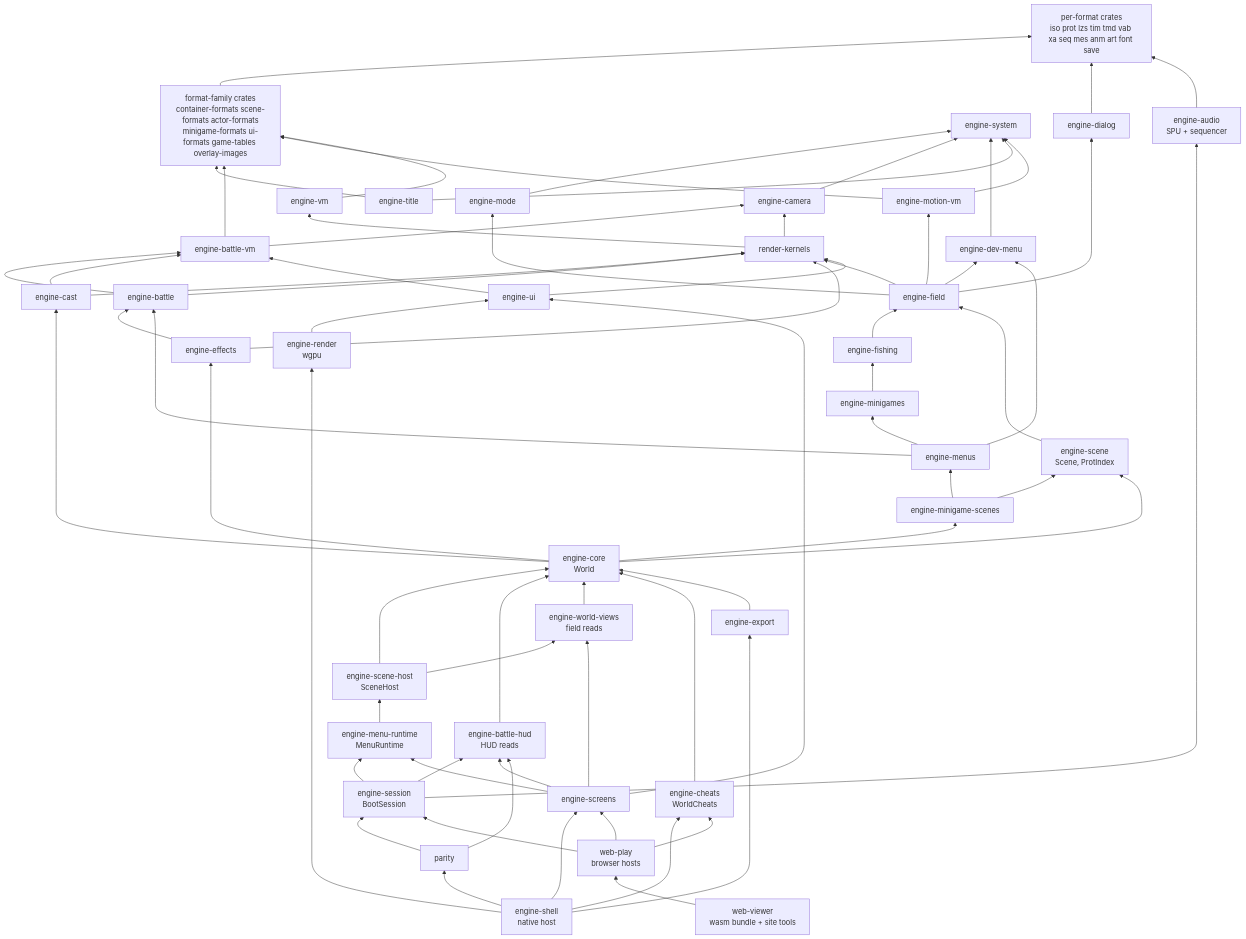
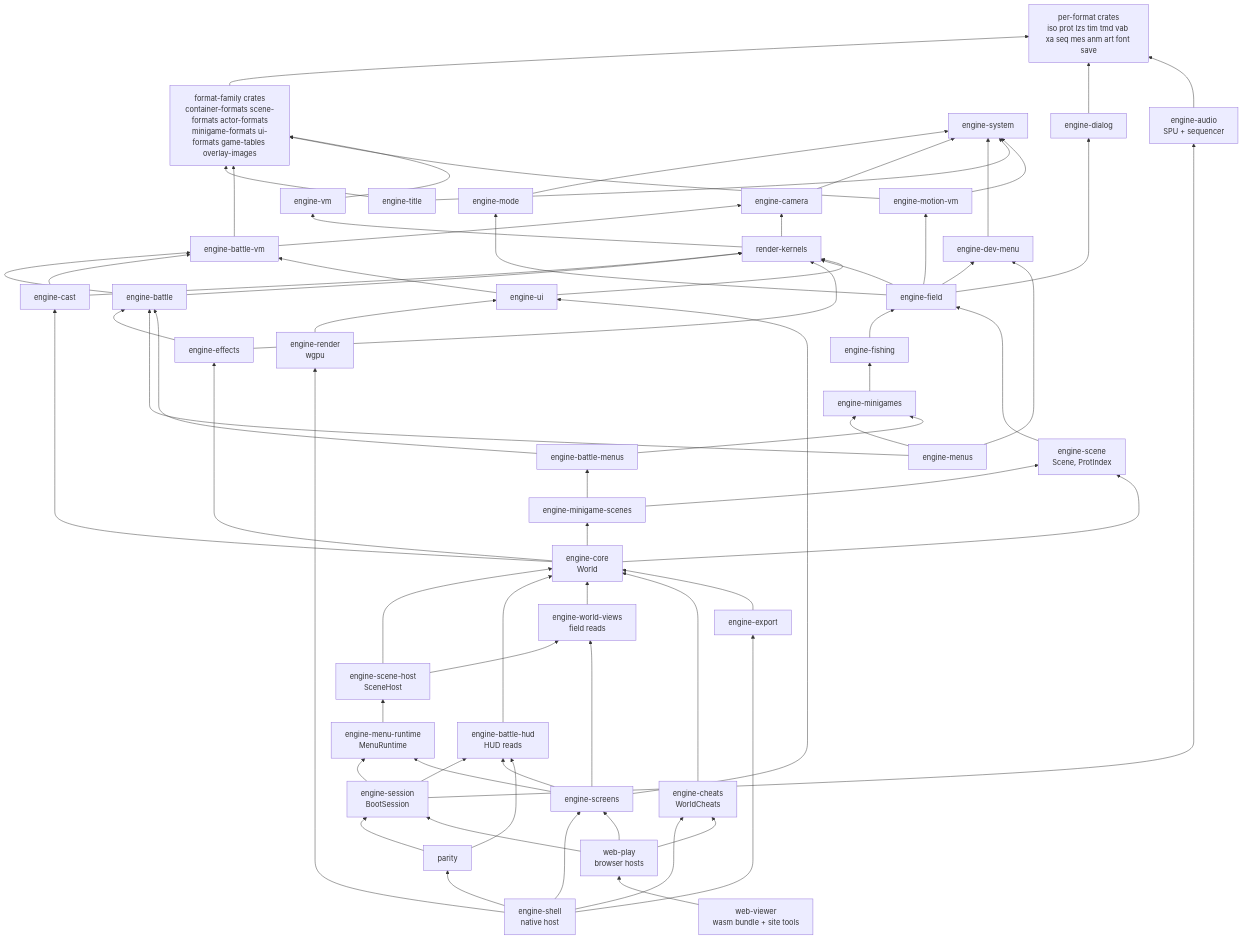
The first of 4 diagrams in docs/subsystems/engine.md (AndrewAltimit/legend-of-legaia-re), drawn with Mermaid before and after one commit. The commit also changed other lines of this file and 189 other files, not shown here.

First line of the commit message:
Split the battle command picker out of engine-menus into engine-battle-menus

```diff
--- a/docs/subsystems/engine.md
+++ b/docs/subsystems/engine.md
@@ -61,6 +61,7 @@
     EMG["engine-minigames"]
     EMENU["engine-menus"]
     ETTL["engine-title"]
+    EBMENU["engine-battle-menus"]
     EMGS["engine-minigame-scenes"]
     ESCN["engine-scene<br/>Scene, ProtIndex"]
     CORE["engine-core<br/>World"]
@@ -110,7 +111,9 @@
     EFISH --> EFIELD
     EMG --> EFISH
     EMENU --> EMG
-    EMGS --> EMENU
+    EBMENU --> EB
+    EBMENU --> EMG
+    EMGS --> EBMENU
     EMGS --> ESCN
     ESCN --> EFIELD
     CORE --> ESCN
```
